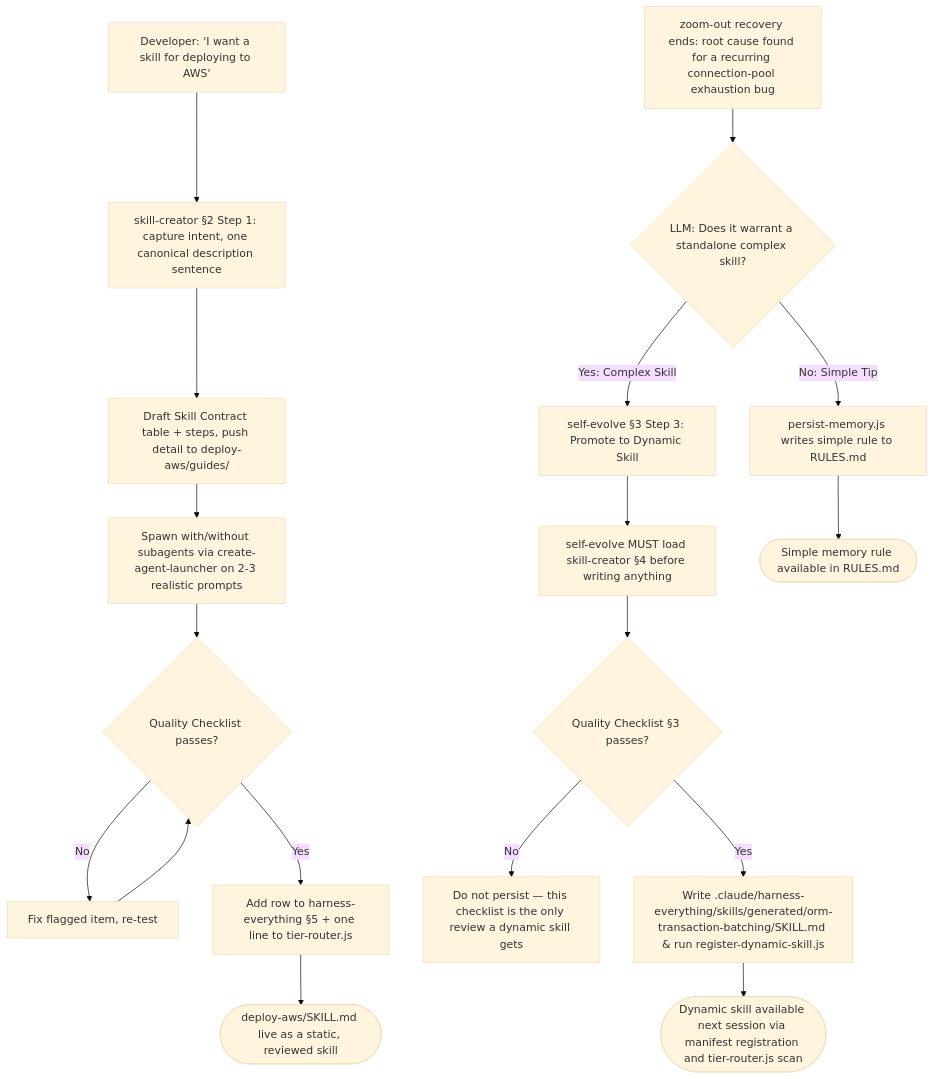
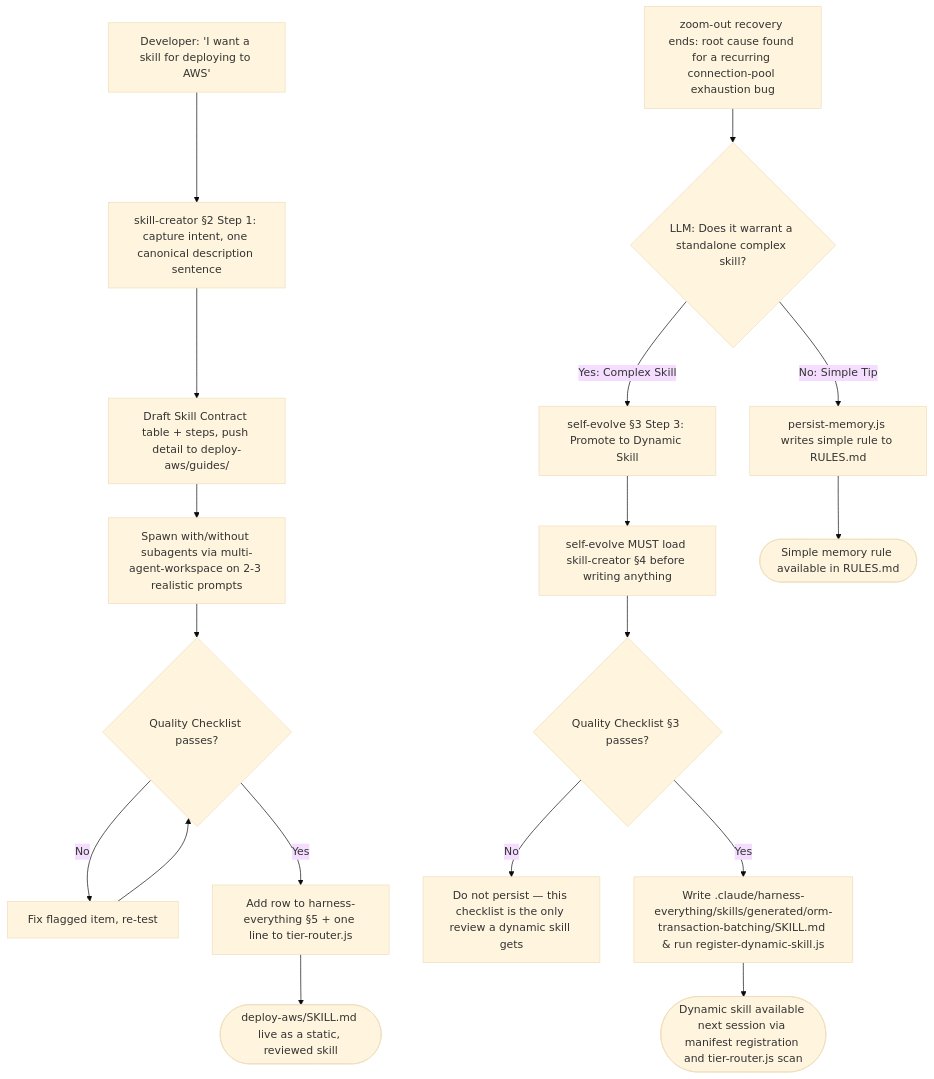
The third of 3 diagrams in docs/workflows/skill-creator.md (dyphn1/Harness-everything), drawn with Mermaid (base theme) before and after one commit. The commit also changed other lines of this file and 77 other files, not shown here.

Commit message:
feat(multi-agent): Unify workspace and specialist launcher

````diff
--- a/docs/workflows/skill-creator.md
+++ b/docs/workflows/skill-creator.md
@@ -50,21 +50,21 @@
 ```mermaid
 graph TD
   Start1["Developer: 'I want a skill for deploying to AWS'"] --> Intent1["skill-creator §2 Step 1: capture intent, one canonical description sentence"]
   Intent1 --> Draft1["Draft Skill Contract table + steps, push detail to deploy-aws/guides/"]
-  Draft1 --> Test1["Spawn with/without subagents via create-agent-launcher on 2-3 realistic prompts"]
+  Draft1 --> Test1["Spawn with/without subagents via multi-agent-workspace on 2-3 realistic prompts"]
   Test1 --> Check1{Quality Checklist passes?}
   Check1 -->|No| Fix1["Fix flagged item, re-test"]
   Fix1 --> Check1
   Check1 -->|Yes| Reg1["Add row to harness-everything §5 + one line to tier-router.js"]
   Reg1 --> Done1([deploy-aws/SKILL.md live as a static, reviewed skill])
 
   Start2["zoom-out recovery ends: root cause found for a recurring connection-pool exhaustion bug"] --> Decide2{"LLM: Does it warrant a standalone complex skill?"}
   Decide2 -->|No: Simple Tip| Save2["persist-memory.js writes simple rule to RULES.md"]
   Decide2 -->|Yes: Complex Skill| Trigger2["self-evolve §3 Step 3: Promote to Dynamic Skill"]
   Trigger2 --> Load2["self-evolve MUST load skill-creator §4 before writing anything"]
   Load2 --> Gate2{Quality Checklist §3 passes?}
   Gate2 -->|No| Reject2["Do not persist — this checklist is the only review a dynamic skill gets"]
   Gate2 -->|Yes| Write2["Write .claude/harness-everything/skills/generated/orm-transaction-batching/SKILL.md & run register-dynamic-skill.js"]
   Write2 --> Done2([Dynamic skill available next session via manifest registration and tier-router.js scan])
   Save2 --> Done3([Simple memory rule available in RULES.md])
 ```
````
